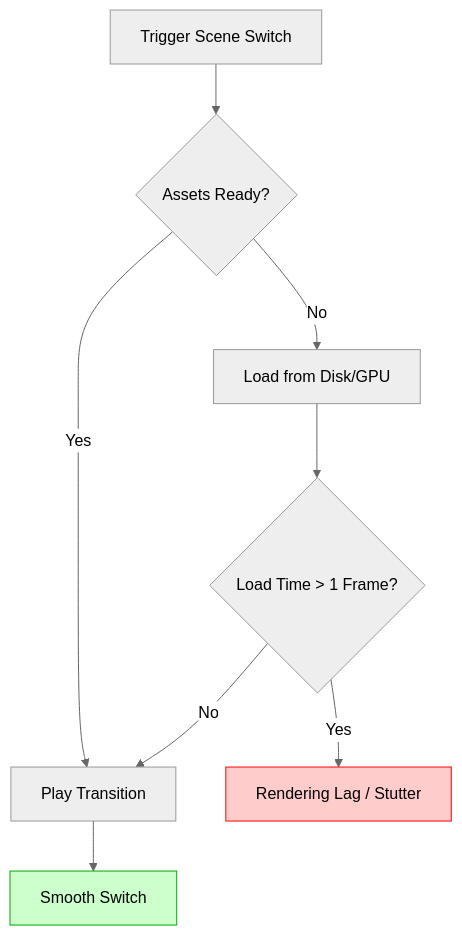
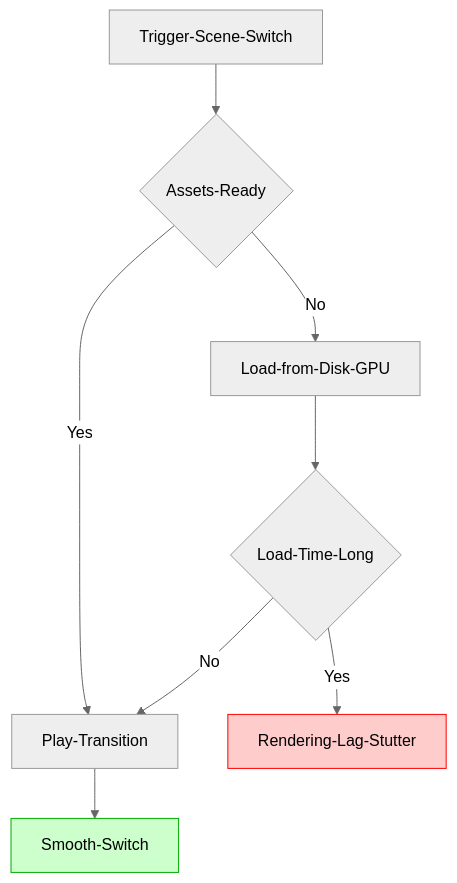
The diagram in data/blog/fix-obs-scene-switching-lag-tiktok-live-2026.mdx (littl3-boat/ttwise), drawn with Mermaid (neutral theme) before and after one commit. The commit also changed 35 other files, not shown here.

First line of the commit message:
feat: fix Mermaid diagram syntax across blog posts and add new Reddit-sourced blog entries

````diff
--- a/data/blog/fix-obs-scene-switching-lag-tiktok-live-2026.mdx
+++ b/data/blog/fix-obs-scene-switching-lag-tiktok-live-2026.mdx
@@ -33,13 +33,13 @@
 ```mermaid
-graph TD
-    A[Trigger Scene Switch] --> B{Assets Ready?}
-    B -- Yes --> C[Play Transition]
-    B -- No --> D[Load from Disk/GPU]
-    D --> E{Load Time > 1 Frame?}
-    E -- Yes --> F[Rendering Lag / Stutter]
+flowchart TD
+    A[Trigger-Scene-Switch] --> B{Assets-Ready}
+    B -- Yes --> C[Play-Transition]
+    B -- No --> D[Load-from-Disk-GPU]
+    D --> E{Load-Time-Long}
+    E -- Yes --> F[Rendering-Lag-Stutter]
     E -- No --> C
-    C --> G[Smooth Switch]
+    C --> G[Smooth-Switch]
     
     style F fill:#ffcccc,stroke:#ff0000
     style G fill:#ccffcc,stroke:#00aa00
 ```
````
